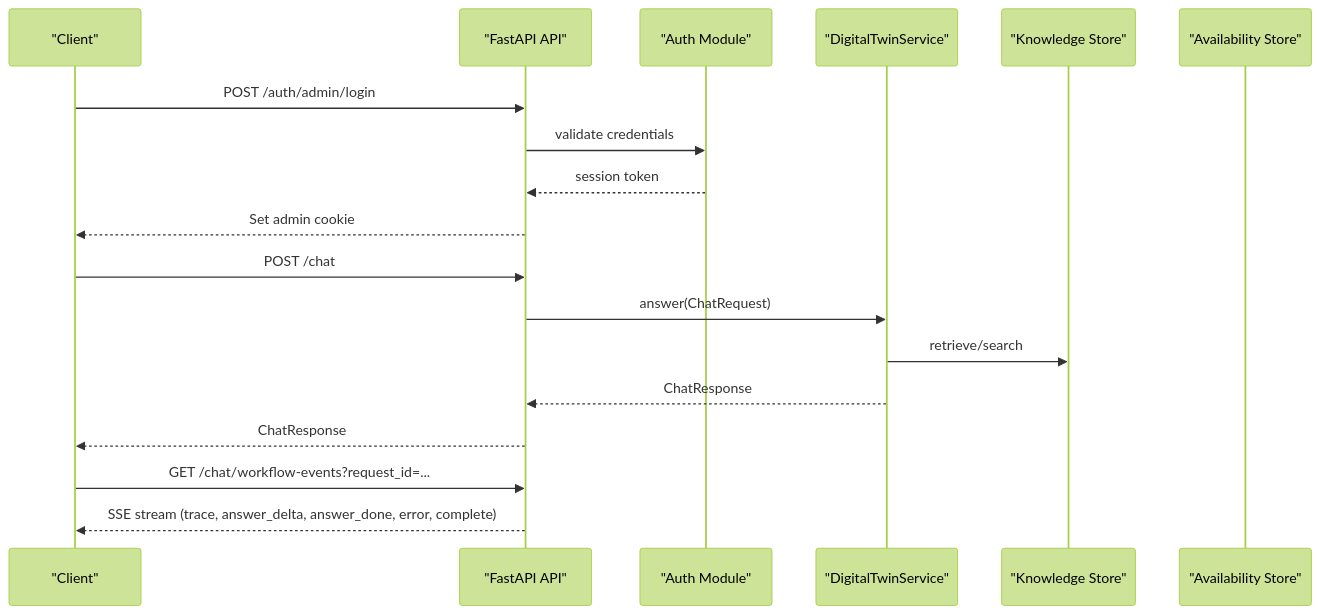
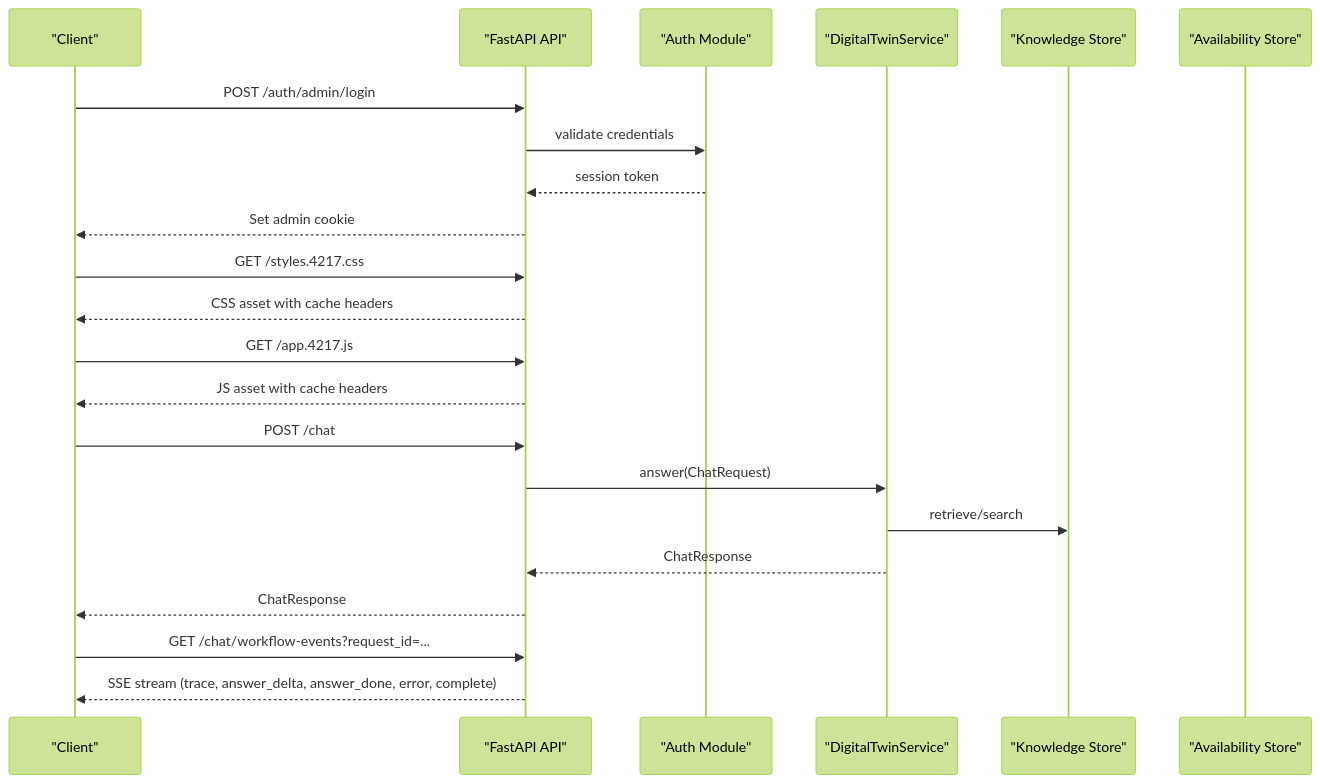
The second of 3 diagrams in .qoder/repowiki/en/content/API Reference/API Reference.md (intellistream/sage-mate), drawn with Mermaid (forest theme) before and after one commit. The commit also changed other lines of this file and 34 other files, not shown here.

````diff
--- a/.qoder/repowiki/en/content/API Reference/API Reference.md
+++ b/.qoder/repowiki/en/content/API Reference/API Reference.md
@@ -119,20 +126,24 @@
 ```mermaid
 sequenceDiagram
 participant C as "Client"
 participant API as "FastAPI API"
 participant AUTH as "Auth Module"
 participant SVC as "DigitalTwinService"
 participant KB as "Knowledge Store"
 participant AV as "Availability Store"
 C->>API : POST /auth/admin/login
 API->>AUTH : validate credentials
 AUTH-->>API : session token
 API-->>C : Set admin cookie
+C->>API : GET /styles.4217.css
+API-->>C : CSS asset with cache headers
+C->>API : GET /app.4217.js
+API-->>C : JS asset with cache headers
 C->>API : POST /chat
 API->>SVC : answer(ChatRequest)
 SVC->>KB : retrieve/search
 SVC-->>API : ChatResponse
 API-->>C : ChatResponse
 C->>API : GET /chat/workflow-events?request_id=...
 API-->>C : SSE stream (trace, answer_delta, answer_done, error, complete)
 ```
````
